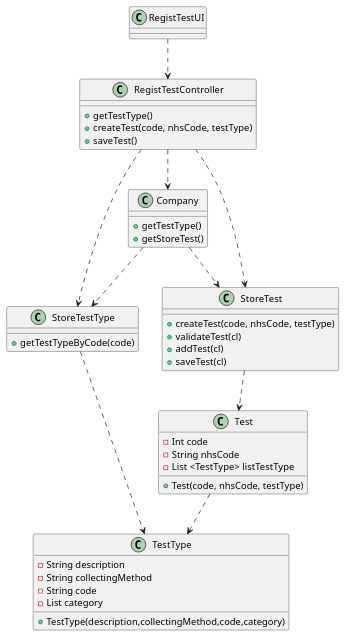
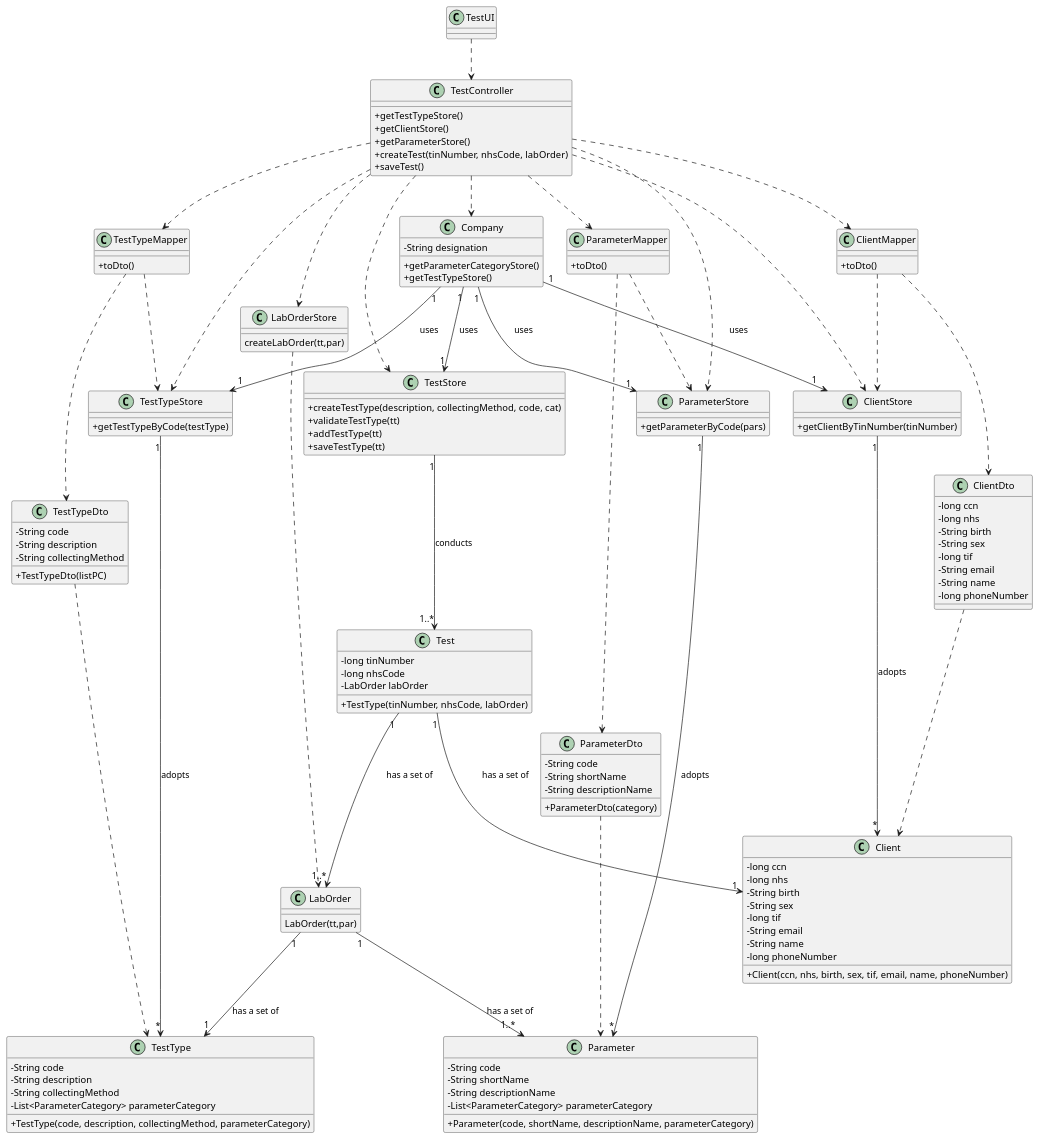
The diagram in docs/SprintC/US4_RegisterTest/US004_CD.puml (Pedromaia26/LAPR2-ISEP), drawn with PlantUML before and after one commit.

Commit message:
US004 Class Diagram Final Update

```diff
--- a/docs/SprintC/US4_RegisterTest/US004_CD.puml
+++ b/docs/SprintC/US4_RegisterTest/US004_CD.puml
@@ -1,41 +1,169 @@
 @startuml
-RegistTestUI ..> RegistTestController
-RegistTestController ..>Company
-RegistTestController ..>StoreTestType
-RegistTestController ..>StoreTest
+skinparam classAttributeIconSize 0
 
 
-RegistTestController : +getTestType()
-RegistTestController : +createTest(code, nhsCode, testType)
-RegistTestController : +saveTest()
-
-Company ..> StoreTest
-Company ..> StoreTestType
-
-Company : +getTestType()
-Company : +getStoreTest()
 
 
-StoreTestType : +getTestTypeByCode(code)
 
-StoreTest : +createTest(code, nhsCode, testType)
-StoreTest : +validateTest(cl)
-StoreTest : +addTest(cl)
-StoreTest : +saveTest(cl)
+class Test {
+  -long tinNumber
+  -long nhsCode
+  -LabOrder labOrder
+  +TestType(tinNumber, nhsCode, labOrder)
+}
 
-StoreTest ..> Test
+class TestTypeStore{
+ +getTestTypeByCode(testType)
+}
 
-Test : -Int code
-Test : -String nhsCode
-Test : -List <TestType> listTestType
-Test : +Test(code, nhsCode, testType)
+class ClientStore{
+ +getClientByTinNumber(tinNumber)
+}
 
-StoreTestType ..> TestType
-Test ..> TestType
+class ParameterStore{
+ +getParameterByCode(pars)
+}
 
-TestType : -String description
-TestType : -String collectingMethod
-TestType : -String code
-TestType : -List category
-TestType : +TestType(description,collectingMethod,code,category)
+class LabOrderStore{
+  createLabOrder(tt,par)
+}
+
+class LabOrder{
+  LabOrder(tt,par)
+}
+
+
+class TestStore{
+   +createTestType(description, collectingMethod, code, cat)
+   +validateTestType(tt)
+   +addTestType(tt)
+   +saveTestType(tt)
+   }
+
+class TestType {
+  -String code
+  -String description
+  -String collectingMethod
+  -List<ParameterCategory> parameterCategory
+  +TestType(code, description, collectingMethod, parameterCategory)
+}
+
+class Client {
+  -long ccn
+  -long nhs
+  -String birth
+  -String sex
+  -long tif
+  -String email
+  -String name
+  -long phoneNumber
+  +Client(ccn, nhs, birth, sex, tif, email, name, phoneNumber)
+}
+
+
+class Parameter {
+  -String code
+  -String shortName
+  -String descriptionName
+  -List<ParameterCategory> parameterCategory
+  +Parameter(code, shortName, descriptionName, parameterCategory)
+}
+
+
+
+class Company {
+  -String designation
+  +getParameterCategoryStore()
+  +getTestTypeStore()
+
+}
+
+
+class TestController {
+    +getTestTypeStore()
+    +getClientStore()
+    +getParameterStore()
+    +createTest(tinNumber, nhsCode, labOrder)
+    +saveTest()
+}
+
+
+class TestUI {
+
+}
+
+class TestTypeMapper{
++toDto()
+}
+
+class ClientMapper{
++toDto()
+}
+
+class ParameterMapper{
++toDto()
+}
+
+
+class TestTypeDto{
+-String code
+-String description
+-String collectingMethod
++TestTypeDto(listPC)
+}
+
+class ClientDto{
+-long ccn
+-long nhs
+-String birth
+-String sex
+-long tif
+-String email
+-String name
+-long phoneNumber
+}
+
+
+class ParameterDto{
+-String code
+-String shortName
+-String descriptionName
++ParameterDto(category)
+}
+
+TestUI ..> TestController
+TestController ..> TestStore
+TestController ..> Company
+TestController ..> TestTypeStore
+TestController ..> TestTypeMapper
+TestController ..> ClientStore
+TestController ..> ClientMapper
+TestController ..> ParameterStore
+TestController ..> ParameterMapper
+TestController ..> LabOrderStore
+LabOrderStore ..> LabOrder
+Company "1" --> "1" TestStore: uses
+Company "1" --> "1" TestTypeStore: uses
+Company "1" --> "1" ClientStore: uses
+Company "1" --> "1" ParameterStore: uses
+TestStore "1" --> "1..*" Test: conducts
+LabOrder "1" --> "1" TestType: has a set of
+Test "1" --> "1" Client: has a set of
+Test "1" --> "1..*" LabOrder: has a set of
+LabOrder "1" --> "1..*" Parameter: has a set of
+TestTypeStore "1" -> "*" TestType: adopts
+ClientStore "1" -> "*" Client: adopts
+ParameterStore "1" -> "*" Parameter: adopts
+
+TestTypeMapper ..> TestTypeStore
+TestTypeMapper ..> TestTypeDto
+TestTypeDto ..> TestType
+
+ClientMapper ..> ClientStore
+ClientMapper ..> ClientDto
+ClientDto ..> Client
+
+ParameterMapper ..> ParameterDto
+ParameterDto ..> Parameter
+ParameterMapper ..> ParameterStore
 @enduml
```
